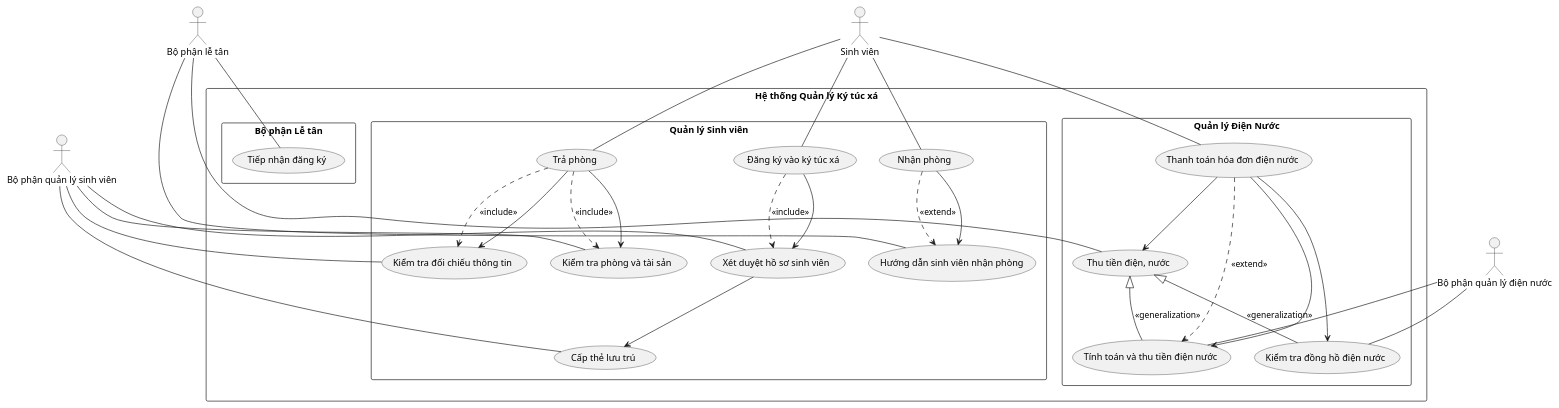
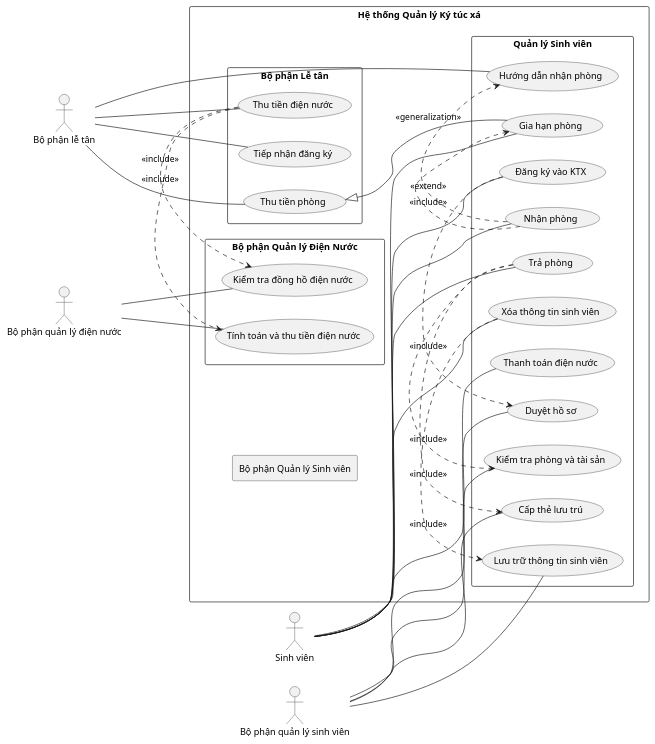
The diagram in Use Case Diagram/UseCase.puml (Brauuwu/Software_Engineering_TEL_PTIT), drawn with PlantUML before and after one commit.

```diff
--- a/Use Case Diagram/UseCase.puml
+++ b/Use Case Diagram/UseCase.puml
@@ -1,50 +1,53 @@
 @startuml
+
+left to right direction
 actor "Sinh viên" as SV
 actor "Bộ phận lễ tân" as LT
 actor "Bộ phận quản lý sinh viên" as QLSV
 actor "Bộ phận quản lý điện nước" as QLDN
 
 rectangle "Hệ thống Quản lý Ký túc xá" {
     rectangle "Quản lý Sinh viên" {
-        QLSV -- (Xét duyệt hồ sơ sinh viên)
-        QLSV -- (Cấp thẻ lưu trú)
-        QLSV -- (Kiểm tra phòng và tài sản)
-        QLSV -- (Kiểm tra đối chiếu thông tin)
-        SV -- (Đăng ký vào ký túc xá)
+        SV -- (Đăng ký vào KTX)
         SV -- (Nhận phòng)
         SV -- (Trả phòng)
-        (Đăng ký vào ký túc xá) --> (Xét duyệt hồ sơ sinh viên)
-        (Xét duyệt hồ sơ sinh viên) --> (Cấp thẻ lưu trú)
-        (Nhận phòng) --> (Hướng dẫn sinh viên nhận phòng)
-        (Trả phòng) --> (Kiểm tra phòng và tài sản)
-        (Trả phòng) --> (Kiểm tra đối chiếu thông tin)
-    }
-    
-    rectangle "Quản lý Điện Nước" {
-        QLDN -- (Kiểm tra đồng hồ điện nước)
-        QLDN -- (Tính toán và thu tiền điện nước)
-        SV -- (Thanh toán hóa đơn điện nước)
-        (Thanh toán hóa đơn điện nước) --> (Thu tiền điện, nước)
-        (Thanh toán hóa đơn điện nước) --> (Kiểm tra đồng hồ điện nước)
-        (Thanh toán hóa đơn điện nước) --> (Tính toán và thu tiền điện nước)
+        SV -- (Gia hạn phòng)
+        SV -- (Xóa thông tin sinh viên)
+        SV -- (Thanh toán điện nước)
+
+        (Đăng ký vào KTX) .> (Duyệt hồ sơ) : <<include>>
+        (Nhận phòng) .> (Hướng dẫn nhận phòng) : <<extend>>
+        (Nhận phòng) .> (Gia hạn phòng) : <<include>>
+        (Trả phòng) .> (Kiểm tra phòng và tài sản) : <<include>>
+        (Trả phòng) .> (Cấp thẻ lưu trú) : <<include>>
+        (Xóa thông tin sinh viên) .> (Lưu trữ thông tin sinh viên) : <<include>>
     }
     
     rectangle "Bộ phận Lễ tân" {
         LT -- (Tiếp nhận đăng ký)
-        LT -- (Hướng dẫn sinh viên nhận phòng)
-        LT -- (Thu tiền điện, nước)
+        LT -- (Hướng dẫn nhận phòng)
+        LT -- (Thu tiền phòng)
+        LT -- (Thu tiền điện nước)
     }
+    
+    rectangle "Bộ phận Quản lý Sinh viên" {
+        QLSV -- (Duyệt hồ sơ)
+        QLSV -- (Lưu trữ thông tin sinh viên)
+        QLSV -- (Kiểm tra phòng và tài sản)
+        QLSV -- (Cấp thẻ lưu trú)
+    }
+    
+    rectangle "Bộ phận Quản lý Điện Nước" {
+        QLDN -- (Kiểm tra đồng hồ điện nước)
+        QLDN -- (Tính toán và thu tiền điện nước)
+    }
+    
+    ' Include relationships
+    (Thu tiền điện nước) .> (Kiểm tra đồng hồ điện nước) : <<include>>
+    (Thu tiền điện nước) .> (Tính toán và thu tiền điện nước) : <<include>>
+    
+    ' Generalization relationships
+    (Thu tiền phòng) <|-- (Gia hạn phòng) : <<generalization>>
+}
 
-
-    ' Relationships: Include, Extend, Generalization
-    (Đăng ký vào ký túc xá) .> (Xét duyệt hồ sơ sinh viên) : <<include>>
-    (Trả phòng) .> (Kiểm tra phòng và tài sản) : <<include>>
-    (Trả phòng) .> (Kiểm tra đối chiếu thông tin) : <<include>>
-
-    (Nhận phòng) .> (Hướng dẫn sinh viên nhận phòng) : <<extend>>
-    (Thanh toán hóa đơn điện nước) .> (Tính toán và thu tiền điện nước) : <<extend>>
-
-    (Thu tiền điện, nước) <|-- (Tính toán và thu tiền điện nước) : <<generalization>>
-    (Thu tiền điện, nước) <|-- (Kiểm tra đồng hồ điện nước) : <<generalization>>
-}
 @enduml
```
